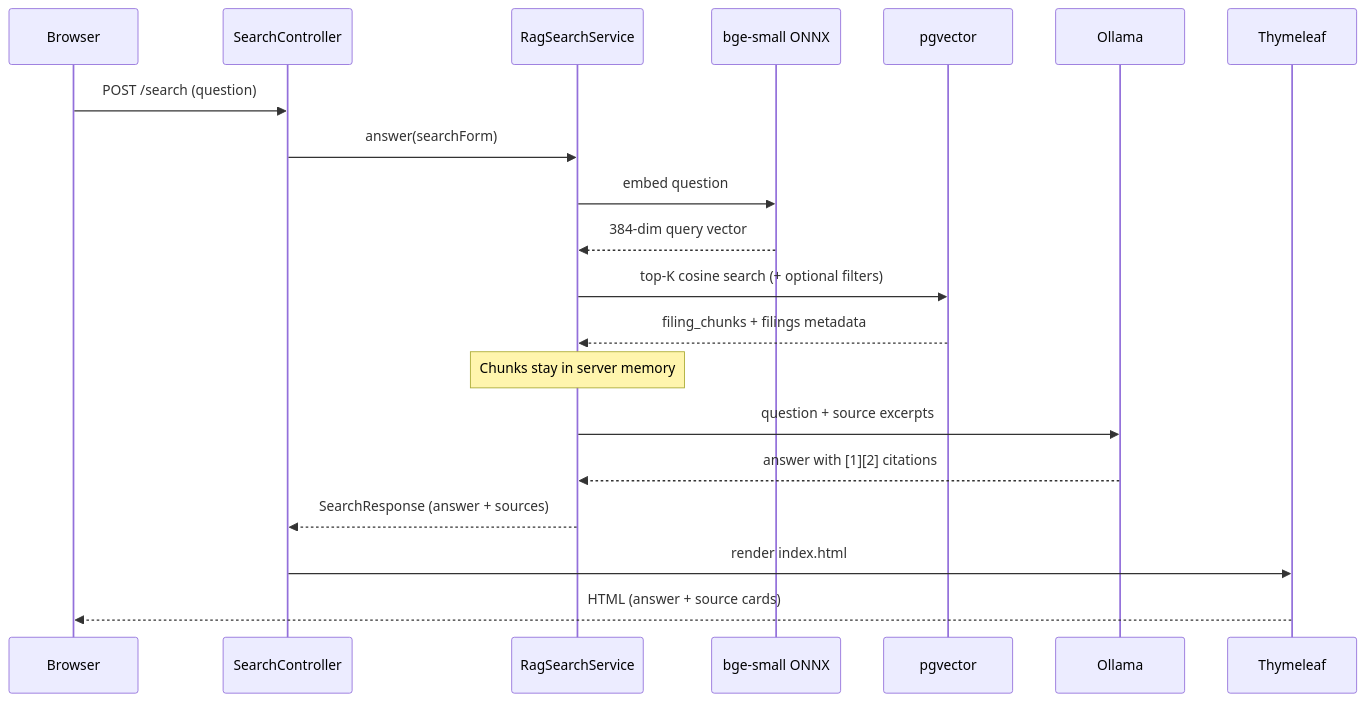
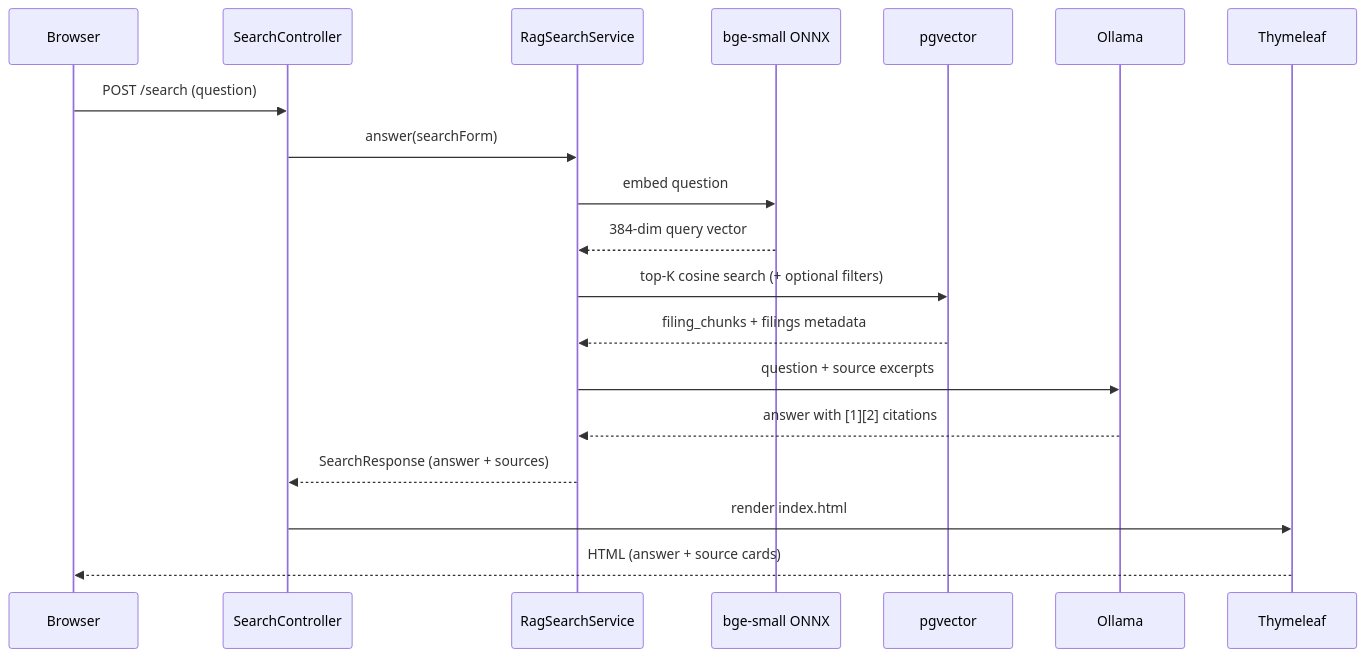
One commit to sanjuthomas/sec-edgar-filings-semantic-search-ui changed the diagram in README.md. Above: the diagram before and after it, drawn with Mermaid.

Commit message:
Remove misleading memory note from README sequence diagram.

````diff
--- a/README.md
+++ b/README.md
@@ -110,23 +110,22 @@
 ```mermaid
 sequenceDiagram
     participant Browser
     participant Controller as SearchController
     participant RAG as RagSearchService
     participant Embed as bge-small ONNX
     participant PG as pgvector
     participant LLM as Ollama
     participant View as Thymeleaf
 
     Browser->>Controller: POST /search (question)
     Controller->>RAG: answer(searchForm)
     RAG->>Embed: embed question
     Embed-->>RAG: 384-dim query vector
     RAG->>PG: top-K cosine search (+ optional filters)
     PG-->>RAG: filing_chunks + filings metadata
-    Note over RAG: Chunks stay in server memory
     RAG->>LLM: question + source excerpts
     LLM-->>RAG: answer with [1][2] citations
     RAG-->>Controller: SearchResponse (answer + sources)
     Controller->>View: render index.html
     View-->>Browser: HTML (answer + source cards)
 ```
````
